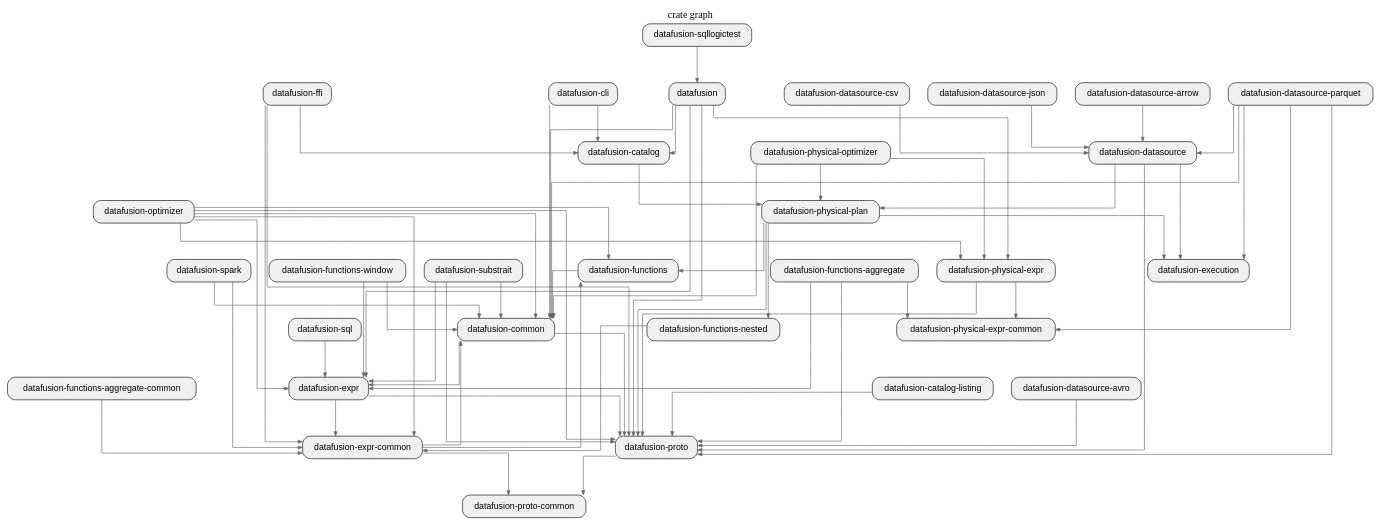
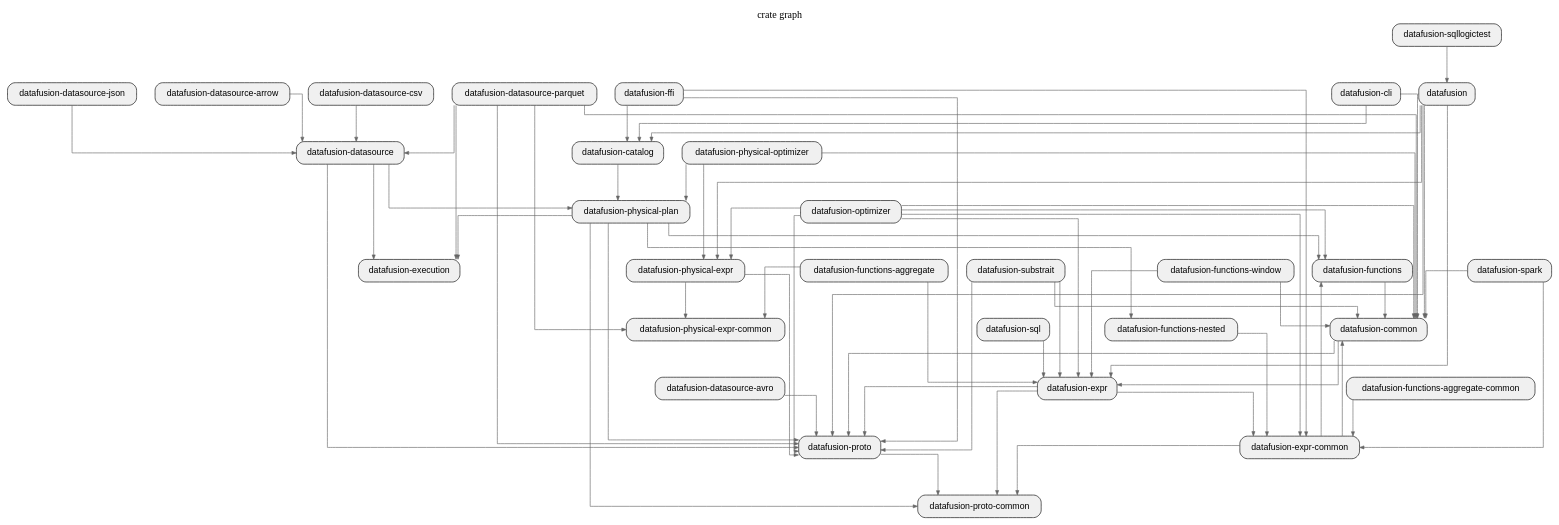
One commit to allenanswerzq/llmcc changed the diagram in sample/datafusion/depth_1_crate.dot. Above: the diagram before and after it, drawn with Graphviz. The commit also changed 215 other files, not shown here.

```diff
--- a/sample/datafusion/depth_1_crate.dot
+++ b/sample/datafusion/depth_1_crate.dot
@@ -1,111 +1,110 @@
 digraph architecture {
   // Layout settings
   rankdir=TB;
   ranksep=0.8;
   nodesep=0.4;
   splines=ortho;
   concentrate=true;
 
   node [shape=box, style="rounded,filled", fillcolor="#f0f0f0", fontname="Helvetica"];
   edge [color="#666666", arrowsize=0.7];
 
   label="crate graph";
   labelloc=t;
   fontsize=16;
   fontname="Helvetica Bold";
 
   crate_datafusion[label="datafusion"];
   crate_datafusion_catalog[label="datafusion-catalog"];
-  crate_datafusion_catalog_listing[label="datafusion-catalog-listing"];
   crate_datafusion_cli[label="datafusion-cli"];
   crate_datafusion_common[label="datafusion-common"];
   crate_datafusion_datasource[label="datafusion-datasource"];
   crate_datafusion_datasource_arrow[label="datafusion-datasource-arrow"];
   crate_datafusion_datasource_avro[label="datafusion-datasource-avro"];
   crate_datafusion_datasource_csv[label="datafusion-datasource-csv"];
   crate_datafusion_datasource_json[label="datafusion-datasource-json"];
   crate_datafusion_datasource_parquet[label="datafusion-datasource-parquet"];
   crate_datafusion_execution[label="datafusion-execution"];
   crate_datafusion_expr[label="datafusion-expr"];
   crate_datafusion_expr_common[label="datafusion-expr-common"];
   crate_datafusion_ffi[label="datafusion-ffi"];
   crate_datafusion_functions[label="datafusion-functions"];
   crate_datafusion_functions_aggregate[label="datafusion-functions-aggregate"];
   crate_datafusion_functions_aggregate_common[label="datafusion-functions-aggregate-common"];
   crate_datafusion_functions_nested[label="datafusion-functions-nested"];
   crate_datafusion_functions_window[label="datafusion-functions-window"];
   crate_datafusion_optimizer[label="datafusion-optimizer"];
   crate_datafusion_physical_expr[label="datafusion-physical-expr"];
   crate_datafusion_physical_expr_common[label="datafusion-physical-expr-common"];
   crate_datafusion_physical_optimizer[label="datafusion-physical-optimizer"];
   crate_datafusion_physical_plan[label="datafusion-physical-plan"];
   crate_datafusion_proto[label="datafusion-proto"];
   crate_datafusion_proto_common[label="datafusion-proto-common"];
   crate_datafusion_spark[label="datafusion-spark"];
   crate_datafusion_sql[label="datafusion-sql"];
   crate_datafusion_sqllogictest[label="datafusion-sqllogictest"];
   crate_datafusion_substrait[label="datafusion-substrait"];
 
   crate_datafusion -> crate_datafusion_catalog;
   crate_datafusion -> crate_datafusion_common;
   crate_datafusion -> crate_datafusion_expr;
   crate_datafusion -> crate_datafusion_physical_expr;
   crate_datafusion -> crate_datafusion_proto;
   crate_datafusion_catalog -> crate_datafusion_physical_plan;
-  crate_datafusion_catalog_listing -> crate_datafusion_proto;
   crate_datafusion_cli -> crate_datafusion_catalog;
   crate_datafusion_cli -> crate_datafusion_common;
   crate_datafusion_common -> crate_datafusion_expr;
   crate_datafusion_common -> crate_datafusion_proto;
   crate_datafusion_datasource -> crate_datafusion_execution;
   crate_datafusion_datasource -> crate_datafusion_physical_plan;
   crate_datafusion_datasource -> crate_datafusion_proto;
   crate_datafusion_datasource_arrow -> crate_datafusion_datasource;
   crate_datafusion_datasource_avro -> crate_datafusion_proto;
   crate_datafusion_datasource_csv -> crate_datafusion_datasource;
   crate_datafusion_datasource_json -> crate_datafusion_datasource;
   crate_datafusion_datasource_parquet -> crate_datafusion_common;
   crate_datafusion_datasource_parquet -> crate_datafusion_datasource;
   crate_datafusion_datasource_parquet -> crate_datafusion_execution;
   crate_datafusion_datasource_parquet -> crate_datafusion_physical_expr_common;
   crate_datafusion_datasource_parquet -> crate_datafusion_proto;
   crate_datafusion_expr -> crate_datafusion_expr_common;
   crate_datafusion_expr -> crate_datafusion_proto;
+  crate_datafusion_expr -> crate_datafusion_proto_common;
   crate_datafusion_expr_common -> crate_datafusion_common;
   crate_datafusion_expr_common -> crate_datafusion_functions;
   crate_datafusion_expr_common -> crate_datafusion_proto_common;
   crate_datafusion_ffi -> crate_datafusion_catalog;
   crate_datafusion_ffi -> crate_datafusion_expr_common;
   crate_datafusion_ffi -> crate_datafusion_proto;
   crate_datafusion_functions -> crate_datafusion_common;
   crate_datafusion_functions_aggregate -> crate_datafusion_expr;
   crate_datafusion_functions_aggregate -> crate_datafusion_physical_expr_common;
-  crate_datafusion_functions_aggregate -> crate_datafusion_proto;
   crate_datafusion_functions_aggregate_common -> crate_datafusion_expr_common;
   crate_datafusion_functions_nested -> crate_datafusion_expr_common;
   crate_datafusion_functions_window -> crate_datafusion_common;
   crate_datafusion_functions_window -> crate_datafusion_expr;
   crate_datafusion_optimizer -> crate_datafusion_common;
   crate_datafusion_optimizer -> crate_datafusion_expr;
   crate_datafusion_optimizer -> crate_datafusion_expr_common;
   crate_datafusion_optimizer -> crate_datafusion_functions;
   crate_datafusion_optimizer -> crate_datafusion_physical_expr;
   crate_datafusion_optimizer -> crate_datafusion_proto;
   crate_datafusion_physical_expr -> crate_datafusion_physical_expr_common;
   crate_datafusion_physical_expr -> crate_datafusion_proto;
   crate_datafusion_physical_optimizer -> crate_datafusion_common;
   crate_datafusion_physical_optimizer -> crate_datafusion_physical_expr;
   crate_datafusion_physical_optimizer -> crate_datafusion_physical_plan;
   crate_datafusion_physical_plan -> crate_datafusion_execution;
   crate_datafusion_physical_plan -> crate_datafusion_functions;
   crate_datafusion_physical_plan -> crate_datafusion_functions_nested;
   crate_datafusion_physical_plan -> crate_datafusion_proto;
+  crate_datafusion_physical_plan -> crate_datafusion_proto_common;
   crate_datafusion_proto -> crate_datafusion_proto_common;
   crate_datafusion_spark -> crate_datafusion_common;
   crate_datafusion_spark -> crate_datafusion_expr_common;
   crate_datafusion_sql -> crate_datafusion_expr;
   crate_datafusion_sqllogictest -> crate_datafusion;
   crate_datafusion_substrait -> crate_datafusion_common;
   crate_datafusion_substrait -> crate_datafusion_expr;
   crate_datafusion_substrait -> crate_datafusion_proto;
 }
```
